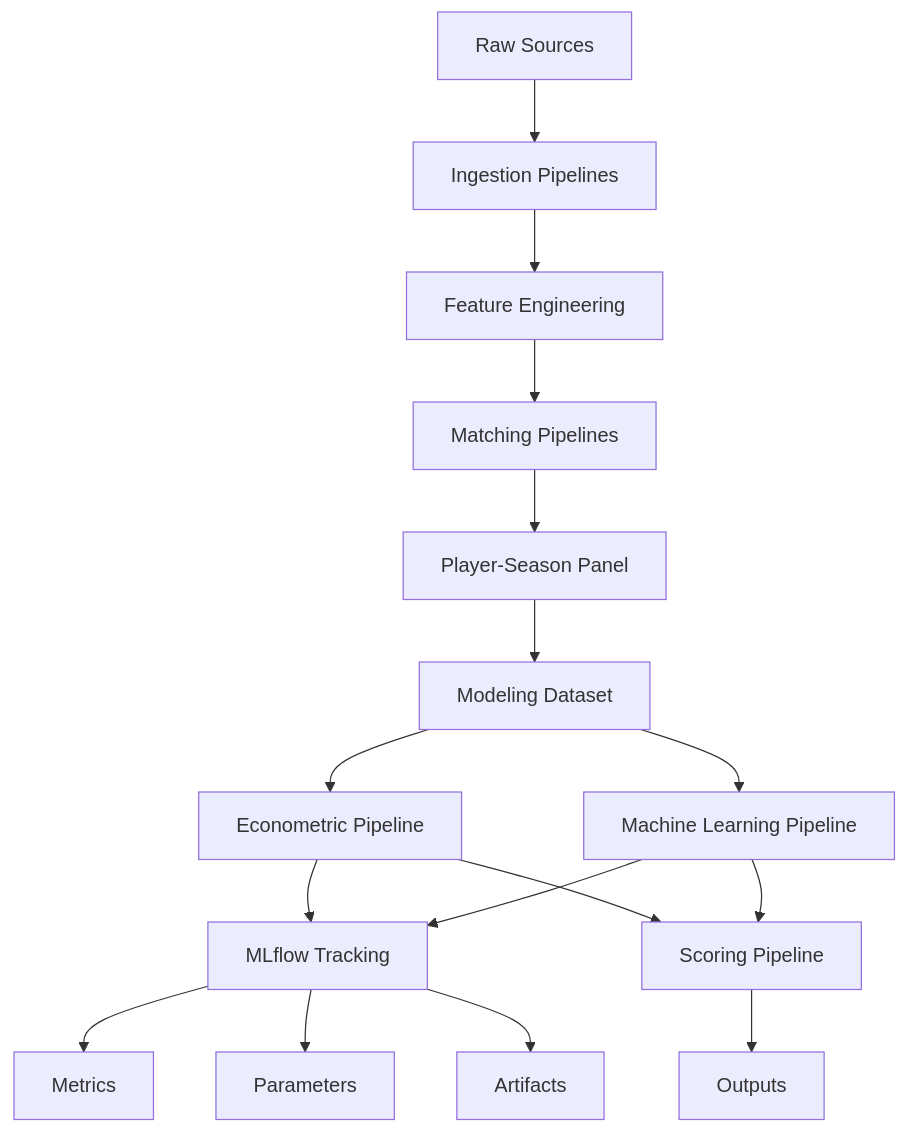
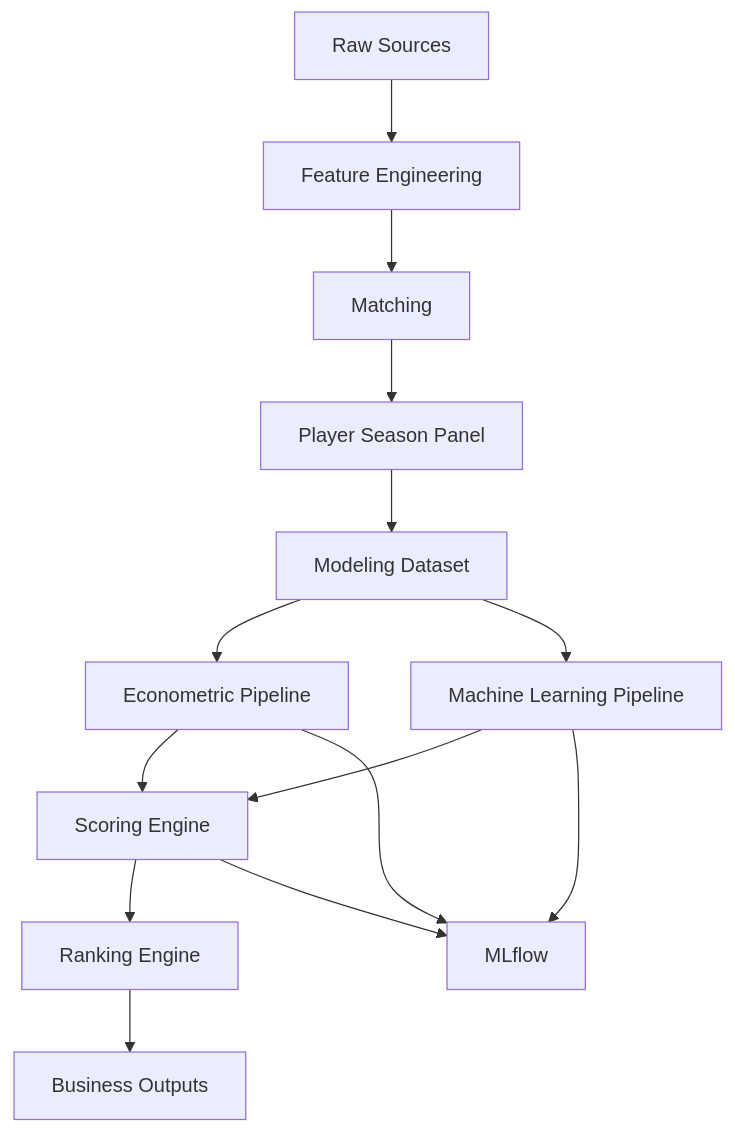
Before and after one commit to manuelpeba/market-value-football-tfm: the diagram in docs/pipeline_reference.md, drawn with Mermaid. The commit also changed other lines of this file and 5 other files, not shown here.

Commit message:
docs: update documentation for sprint 5 scoring engine

````diff
--- a/docs/pipeline_reference.md
+++ b/docs/pipeline_reference.md
@@ -120,29 +42,27 @@
 ```mermaid
 flowchart TD
 
-A[Raw Sources] --> B[Ingestion Pipelines]
+A[Raw Sources]
+--> B[Feature Engineering]
 
-B --> C[Feature Engineering]
+B --> C[Matching]
 
-C --> D[Matching Pipelines]
+C --> D[Player Season Panel]
 
-D --> E[Player-Season Panel]
+D --> E[Modeling Dataset]
 
-E --> F[Modeling Dataset]
+E --> F[Econometric Pipeline]
 
-F --> G[Econometric Pipeline]
+E --> G[Machine Learning Pipeline]
 
-F --> H[Machine Learning Pipeline]
+F --> H[Scoring Engine]
+G --> H
 
-G --> I[MLflow Tracking]
-H --> I
+H --> I[Ranking Engine]
 
-G --> J[Scoring Pipeline]
-H --> J
+I --> J[Business Outputs]
 
-J --> K[Outputs]
-
-I --> L[Metrics]
-I --> M[Parameters]
-I --> N[Artifacts]
+F --> K[MLflow]
+G --> K
+H --> K
 ```
````
